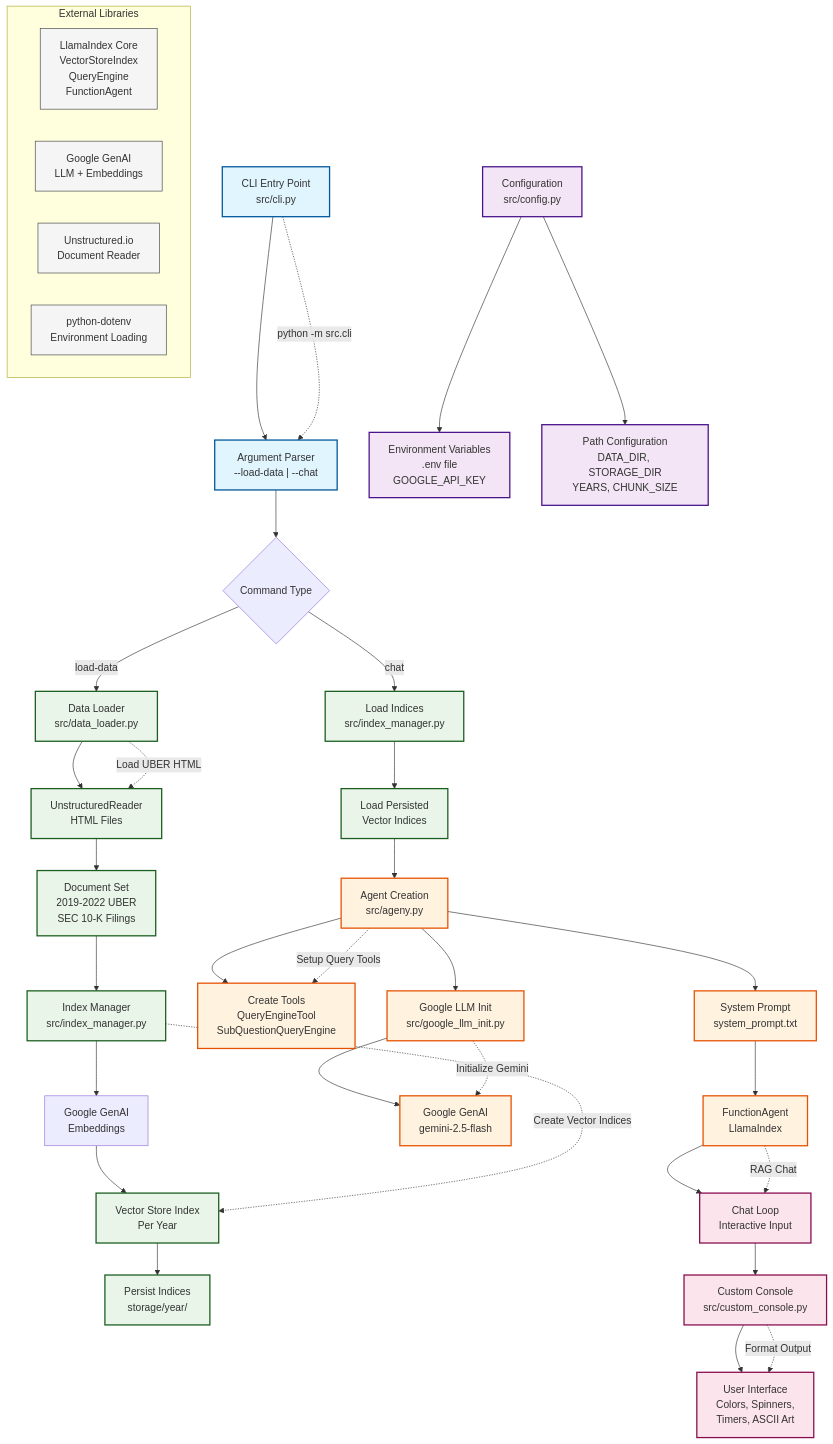
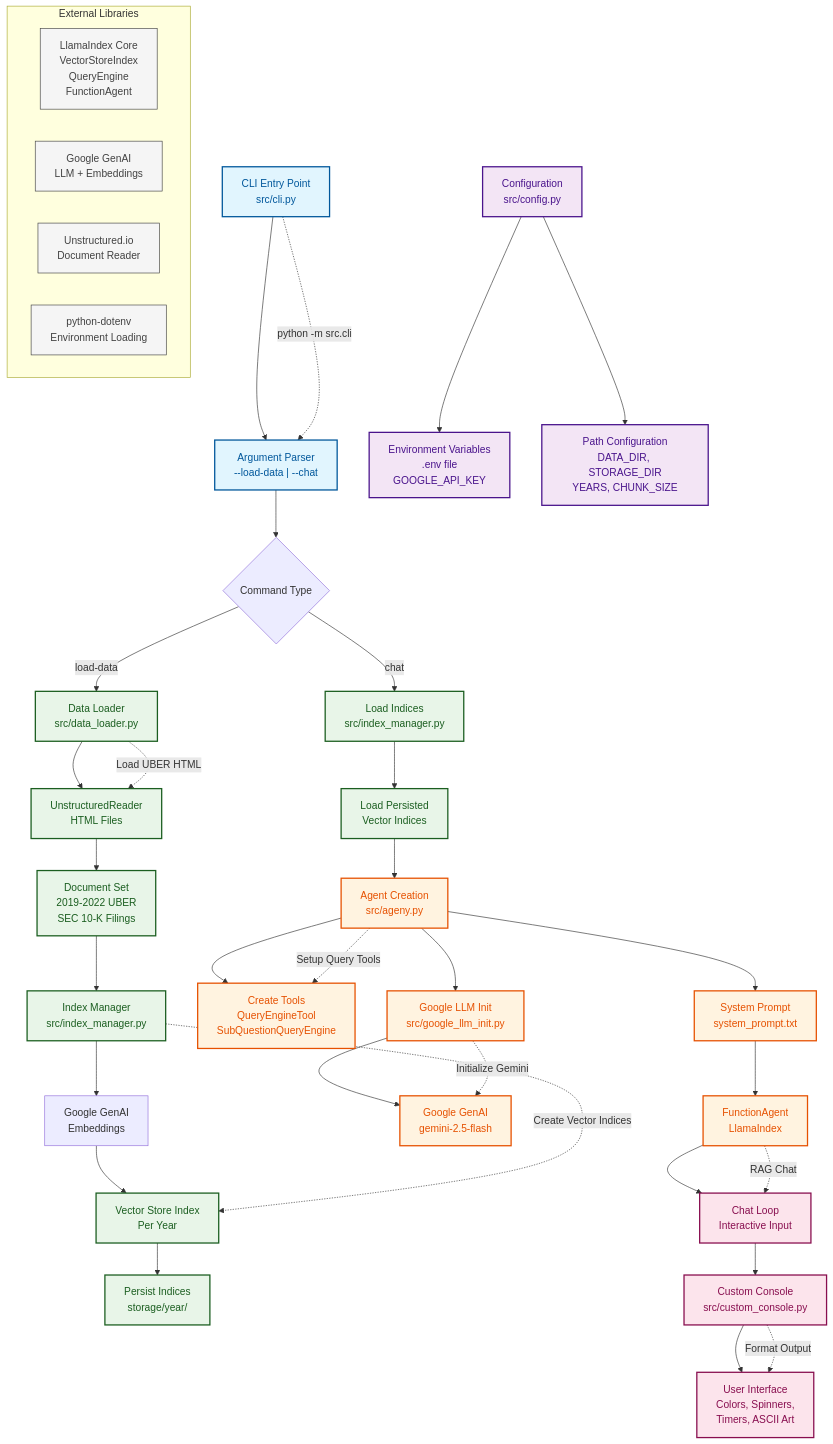
One commit to eddietal2/Notta-Advisor changed the diagram in architecture_diagram.md. Above: the diagram before and after it, drawn with Mermaid.

Commit message:
Added Mermaid.js graph v1 p2

````diff
--- a/architecture_diagram.md
+++ b/architecture_diagram.md
@@ -1,74 +1,74 @@
 ```mermaid
 graph TB
     %% Entry Point
     CLI["CLI Entry Point<br/>src/cli.py"] --> ARG["Argument Parser<br/>--load-data | --chat"]
 
     %% Configuration Layer
     CONFIG["Configuration<br/>src/config.py"] --> ENV["Environment Variables<br/>.env file<br/>GOOGLE_API_KEY"]
     CONFIG --> PATHS["Path Configuration<br/>DATA_DIR, STORAGE_DIR<br/>YEARS, CHUNK_SIZE"]
 
     %% Data Flow
     ARG --> LOAD{Command Type}
 
     %% Load Data Path
     LOAD -->|"load-data"| DL["Data Loader<br/>src/data_loader.py"]
     DL --> UREAD["UnstructuredReader<br/>HTML Files"]
     UREAD --> DOCS["Document Set<br/>2019-2022 UBER<br/>SEC 10-K Filings"]
     DOCS --> IM["Index Manager<br/>src/index_manager.py"]
     IM --> EMB["Google GenAI<br/>Embeddings"]
     EMB --> VSI["Vector Store Index<br/>Per Year"]
     VSI --> PERSIST["Persist Indices<br/>storage/year/"]
 
     %% Chat Path
     LOAD -->|"chat"| LIM["Load Indices<br/>src/index_manager.py"]
     LIM --> LIND["Load Persisted<br/>Vector Indices"]
 
     %% Agent Creation
     LIND --> AGENT["Agent Creation<br/>src/ageny.py"]
     AGENT --> TOOLS["Create Tools<br/>QueryEngineTool<br/>SubQuestionQueryEngine"]
 
     %% LLM Integration
     AGENT --> GLLM["Google LLM Init<br/>src/google_llm_init.py"]
     GLLM --> GEMINI["Google GenAI<br/>gemini-2.5-flash"]
 
     %% System Components
     AGENT --> SP["System Prompt<br/>system_prompt.txt"]
     SP --> FUNC_AGENT["FunctionAgent<br/>LlamaIndex"]
 
     %% Chat Interface
     FUNC_AGENT --> CHAT["Chat Loop<br/>Interactive Input"]
     CHAT --> CONSOLE["Custom Console<br/>src/custom_console.py"]
     CONSOLE --> UI["User Interface<br/>Colors, Spinners,<br/>Timers, ASCII Art"]
 
     %% External Dependencies
     subgraph "External Libraries"
         LLAMA["LlamaIndex Core<br/>VectorStoreIndex<br/>QueryEngine<br/>FunctionAgent"]
         GAI["Google GenAI<br/>LLM + Embeddings"]
         UNST["Unstructured.io<br/>Document Reader"]
         DOTENV["python-dotenv<br/>Environment Loading"]
     end
 
     %% Styling
-    classDef entry fill:#e1f5fe,stroke:#01579b,stroke-width:2px
-    classDef config fill:#f3e5f5,stroke:#4a148c,stroke-width:2px
-    classDef data fill:#e8f5e8,stroke:#1b5e20,stroke-width:2px
-    classDef ai fill:#fff3e0,stroke:#e65100,stroke-width:2px
-    classDef ui fill:#fce4ec,stroke:#880e4f,stroke-width:2px
-    classDef external fill:#f5f5f5,stroke:#424242,stroke-width:1px
+    classDef entry fill:#e1f5fe,stroke:#01579b,stroke-width:2px,color:#01579b
+    classDef config fill:#f3e5f5,stroke:#4a148c,stroke-width:2px,color:#4a148c
+    classDef data fill:#e8f5e8,stroke:#1b5e20,stroke-width:2px,color:#1b5e20
+    classDef ai fill:#fff3e0,stroke:#e65100,stroke-width:2px,color:#e65100
+    classDef ui fill:#fce4ec,stroke:#880e4f,stroke-width:2px,color:#880e4f
+    classDef external fill:#f5f5f5,stroke:#424242,stroke-width:1px,color:#424242
 
     class CLI,ARG entry
     class CONFIG,ENV,PATHS config
     class DL,UREAD,DOCS,IM,VSI,PERSIST,LIM,LIND data
     class AGENT,TOOLS,FUNC_AGENT,GLLM,GEMINI,SP ai
     class CHAT,CONSOLE,UI ui
     class LLAMA,GAI,UNST,DOTENV external
 
     %% Flow Labels
     CLI -.->|"python -m src.cli"| ARG
     DL -.->|"Load UBER HTML"| UREAD
     IM -.->|"Create Vector Indices"| VSI
     AGENT -.->|"Setup Query Tools"| TOOLS
     GLLM -.->|"Initialize Gemini"| GEMINI
     FUNC_AGENT -.->|"RAG Chat"| CHAT
     CONSOLE -.->|"Format Output"| UI
 ```
````
